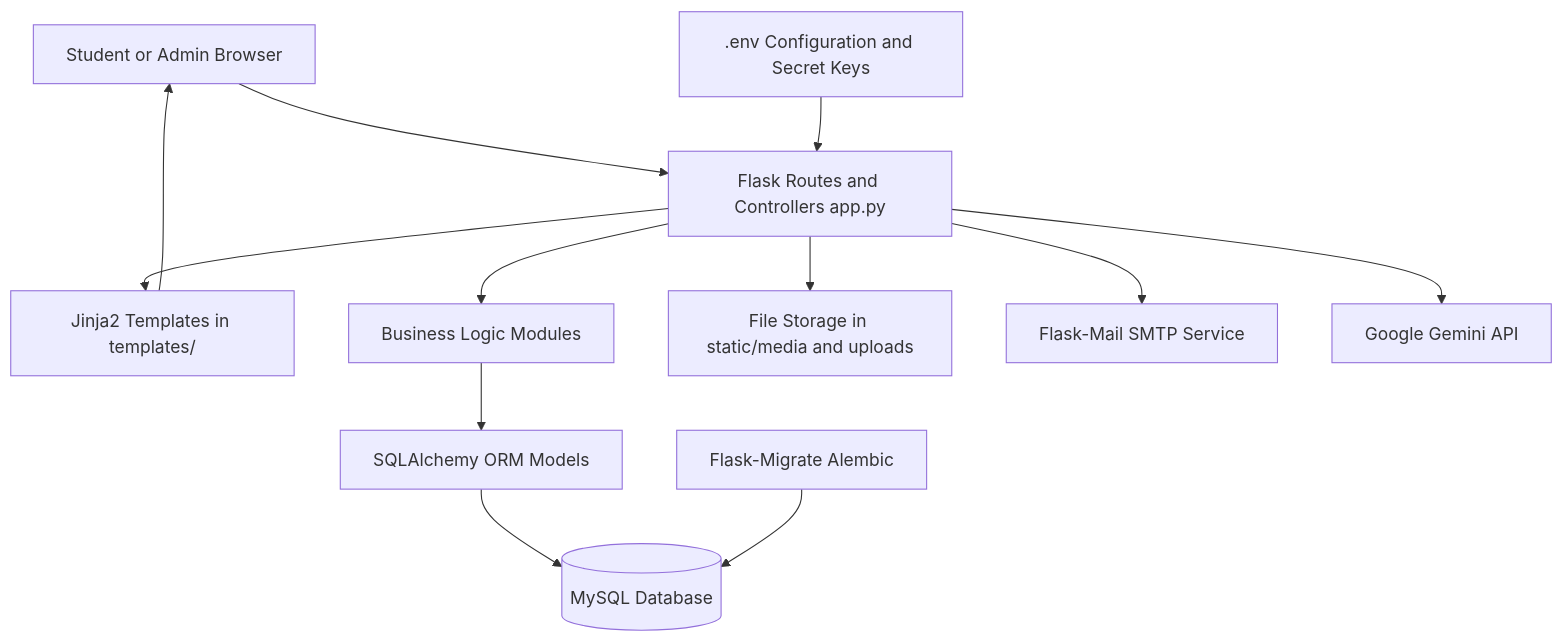
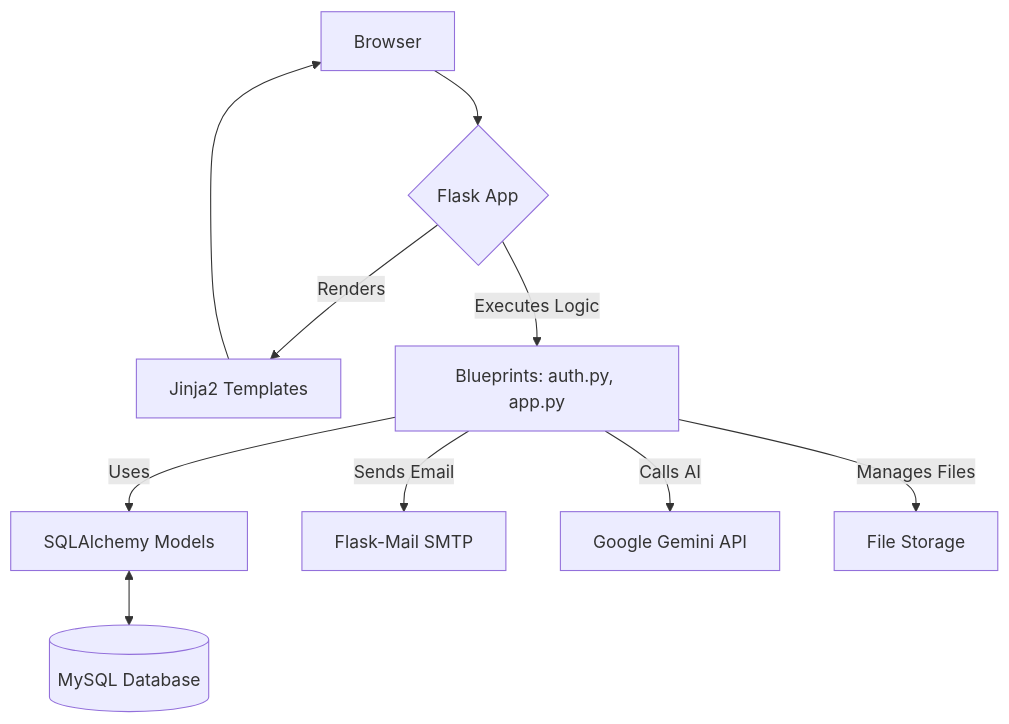
The second of 3 diagrams in COMPREHENSIVE_REPORT.md (mahaboosubhanishaik-hub/AU-Daily.Campus-Connect), drawn with Mermaid before and after one commit. The commit also changed other lines of this file and 79 other files, not shown here.

````diff
--- a/COMPREHENSIVE_REPORT.md
+++ b/COMPREHENSIVE_REPORT.md
@@ -139,17 +138,14 @@
 ```mermaid
-flowchart TD
-    U[Student or Admin Browser] --> V[Flask Routes and Controllers app.py]
-    V --> T[Jinja2 Templates in templates/]
-    T --> U
+graph TD
+    U[Browser] --> V{Flask App};
+    V -->|Renders| T[Jinja2 Templates];
+    T --> U;
 
-    V --> BL[Business Logic Modules]
-    BL --> ORM[SQLAlchemy ORM Models]
-    ORM --> DB[(MySQL Database)]
+    V -->|Executes Logic| BL[Blueprints: auth.py, app.py];
+    BL -->|Uses| ORM[SQLAlchemy Models];
+    ORM <--> DB[(MySQL Database)];
 
-    V --> FS[File Storage in static/media and uploads]
-    V --> MAIL[Flask-Mail SMTP Service]
-    V --> AI[Google Gemini API]
-
-    MG[Flask-Migrate Alembic] --> DB
-    ENV[.env Configuration and Secret Keys] --> V
+    BL -->|Sends Email| MAIL[Flask-Mail SMTP];
+    BL -->|Calls AI| AI[Google Gemini API];
+    BL -->|Manages Files| FS[File Storage];
 ```
````
